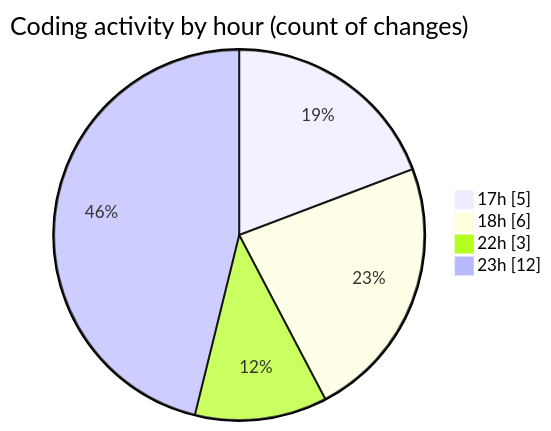
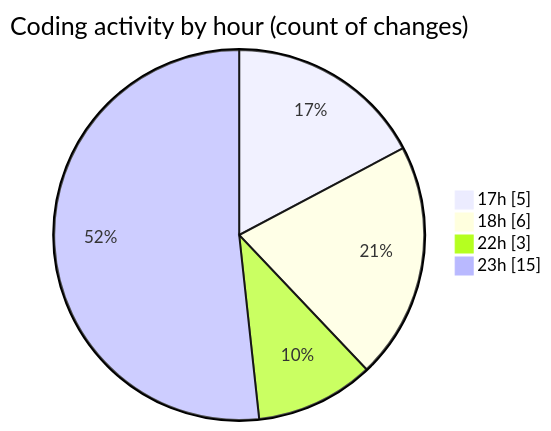
One commit to donsfak/code-tracking changed the second of 2 diagrams in 2025-02-07/portofolio/README.md. Above: the diagram before and after it, drawn with Mermaid. The commit also changed other lines of this file and 1 other file, not shown here.

````diff
--- a/2025-02-07/portofolio/README.md
+++ b/2025-02-07/portofolio/README.md
@@ -30,8 +30,8 @@
 ```mermaid
 pie showData
 title Coding activity by hour (count of changes)
 "17h" : 5
 "18h" : 6
 "22h" : 3
-"23h" : 12
+"23h" : 15
 ```
````
